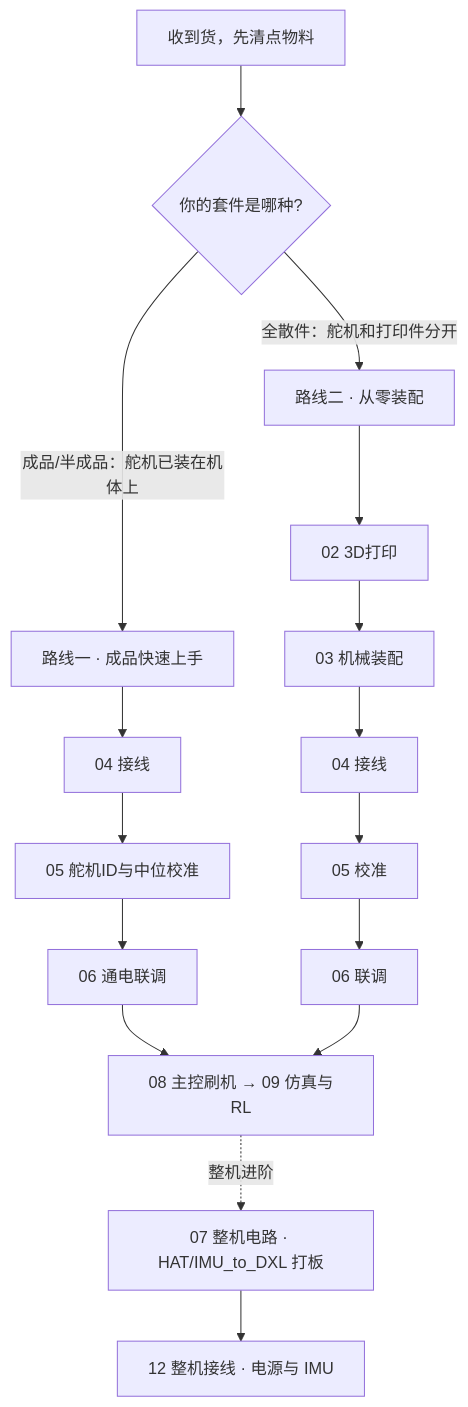
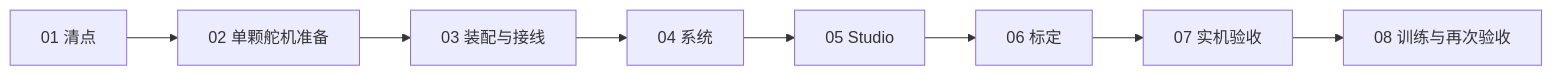
One commit to thundergrj/Lumimoon-Tech-RobotDuck changed the diagram in README.md. Above: the diagram before and after it, drawn with Mermaid. The commit also changed other lines of this file and 59 other files, not shown here.

````diff
--- a/README.md
+++ b/README.md
@@ -32,14 +32,8 @@
 ```mermaid
-flowchart TD
-    A[收到货，先清点物料] --> B{你的套件是哪种?}
-    B -->|成品/半成品：舵机已装在机体上| C[路线一 · 成品快速上手]
-    B -->|全散件：舵机和打印件分开| D[路线二 · 从零装配]
-
-    C --> C1[04 接线] --> C2[05 舵机ID与中位校准] --> C3[06 通电联调]
-    D --> D1[02 3D打印] --> D2[03 机械装配] --> D3[04 接线] --> D4[05 校准] --> D5[06 联调]
-
-    C3 --> E[08 主控刷机 → 09 仿真与RL]
-    D5 --> E
-    E -.整机进阶.-> F[07 整机电路 · HAT/IMU_to_DXL 打板]
-    F --> G[12 整机接线 · 电源与 IMU]
+flowchart LR
+    A[01 清点] --> B[02 单颗舵机准备]
+    B --> C[03 装配与接线]
+    C --> E[04 系统] --> F[05 Studio]
+    F --> G[06 标定] --> H[07 实机验收]
+    H --> I[08 训练与再次验收]
 ```
````
